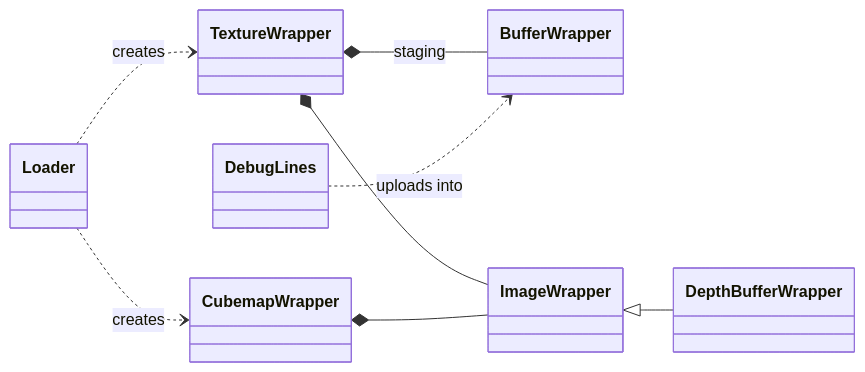
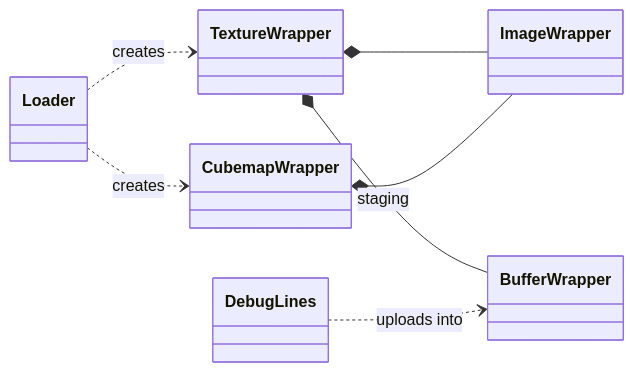
One commit to creijon/spock changed the second of 2 diagrams in README.md. Above: the diagram before and after it, drawn with Mermaid. The commit also changed 12 other files, not shown here.

````diff
--- a/README.md
+++ b/README.md
@@ -99,26 +99,24 @@
 ```mermaid
 classDiagram
     direction LR
 
     class BufferWrapper {
     }
     class ImageWrapper {
     }
-    class DepthBufferWrapper
     class TextureWrapper {
     }
     class CubemapWrapper {
     }
     class DebugLines {
     }
     class Loader {
     }
 
-    ImageWrapper <|-- DepthBufferWrapper
     TextureWrapper *-- ImageWrapper
     TextureWrapper *-- BufferWrapper : staging
     CubemapWrapper *-- ImageWrapper
     Loader ..> TextureWrapper : creates
     Loader ..> CubemapWrapper : creates
     DebugLines ..> BufferWrapper : uploads into
 ```
````
